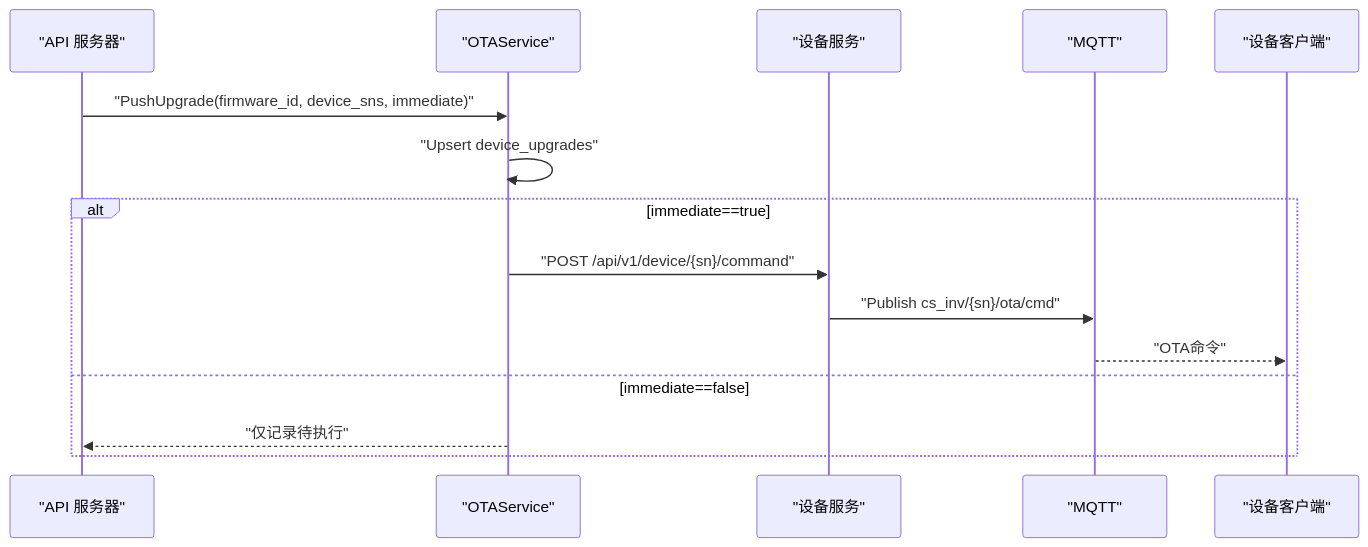
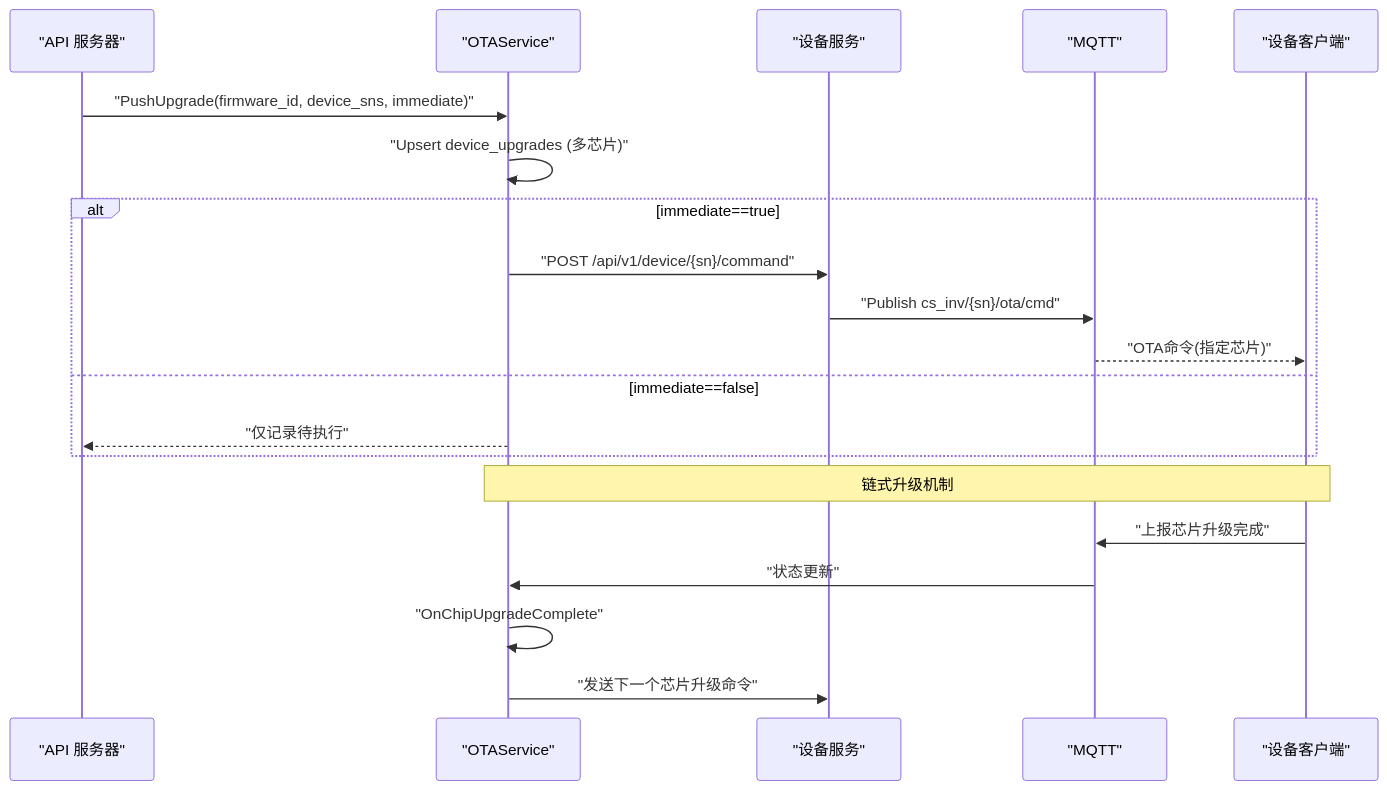
Before and after one commit to mcmrzy/cs_inv_monitor-develop: the fourth of 5 diagrams in .qoder/repowiki/zh/content/OTA升级系统/固件管理.md, drawn with Mermaid. The commit also changed other lines of this file and 12 other files, not shown here.

````diff
--- a/.qoder/repowiki/zh/content/OTA升级系统/固件管理.md
+++ b/.qoder/repowiki/zh/content/OTA升级系统/固件管理.md
@@ -208,17 +303,22 @@
 ```mermaid
 sequenceDiagram
 participant API as "API 服务器"
 participant Svc as "OTAService"
 participant Dev as "设备服务"
 participant MQ as "MQTT"
 participant CLI as "设备客户端"
 API->>Svc : "PushUpgrade(firmware_id, device_sns, immediate)"
-Svc->>Svc : "Upsert device_upgrades"
+Svc->>Svc : "Upsert device_upgrades (多芯片)"
 alt immediate==true
 Svc->>Dev : "POST /api/v1/device/{sn}/command"
 Dev->>MQ : "Publish cs_inv/{sn}/ota/cmd"
-MQ-->>CLI : "OTA命令"
+MQ-->>CLI : "OTA命令(指定芯片)"
 else immediate==false
 Svc-->>API : "仅记录待执行"
 end
+Note over Svc,CLI : 链式升级机制
+CLI->>MQ : "上报芯片升级完成"
+MQ->>Svc : "状态更新"
+Svc->>Svc : "OnChipUpgradeComplete"
+Svc->>Dev : "发送下一个芯片升级命令"
 ```
````
